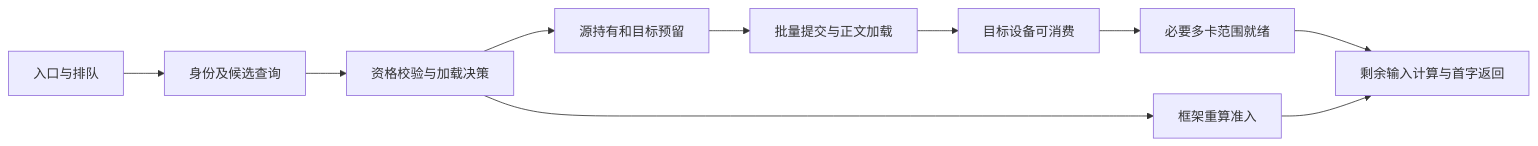
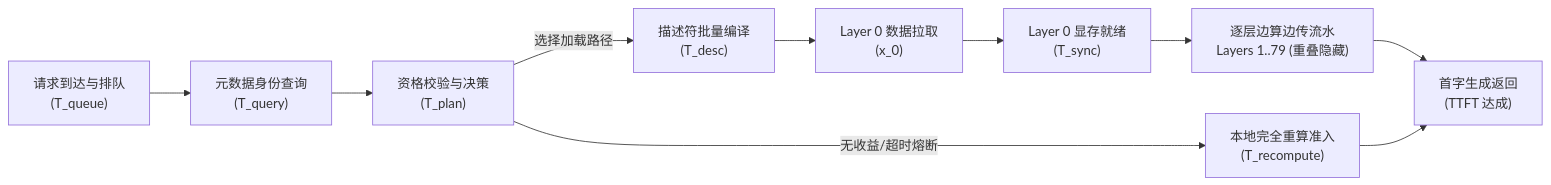
Before and after one commit to stonetree/reports: the diagram in kvcache/unified_kv_memory/竞争力总结/统一异构KVCache存储池_推理性能理论建模与KPCL通信需求推导_V1.0.md, drawn with Mermaid. The commit also changed other lines of this file and 9 other files, not shown here.

````diff
--- a/kvcache/unified_kv_memory/竞争力总结/统一异构KVCache存储池_推理性能理论建模与KPCL通信需求推导_V1.0.md
+++ b/kvcache/unified_kv_memory/竞争力总结/统一异构KVCache存储池_推理性能理论建模与KPCL通信需求推导_V1.0.md
@@ -91,12 +141,14 @@
 ```mermaid
 flowchart LR
- A[入口与排队] --> B[身份及候选查询]
- B --> C[资格校验与加载决策]
- C --> D[源持有和目标预留]
- D --> E[批量提交与正文加载]
- E --> F[目标设备可消费]
- F --> G[必要多卡范围就绪]
- G --> H[剩余输入计算与首字返回]
- C --> R[框架重算准入]
- R --> H
+    A["请求到达与排队<br>(T_queue)"] --> B["元数据身份查询<br>(T_query)"]
+    B --> C["资格校验与决策<br>(T_plan)"]
+
+    C -->|"选择加载路径"| D["描述符批量编译<br>(T_desc)"]
+    D --> E["Layer 0 数据拉取<br>(x_0)"]
+    E --> F["Layer 0 显存就绪<br>(T_sync)"]
+    F --> G["逐层边算边传流水<br>Layers 1..79 (重叠隐藏)"]
+    G --> H["首字生成返回<br>(TTFT 达成)"]
+
+    C -->|"无收益/超时熔断"| R["本地完全重算准入<br>(T_recompute)"]
+    R --> H
 ```
````
